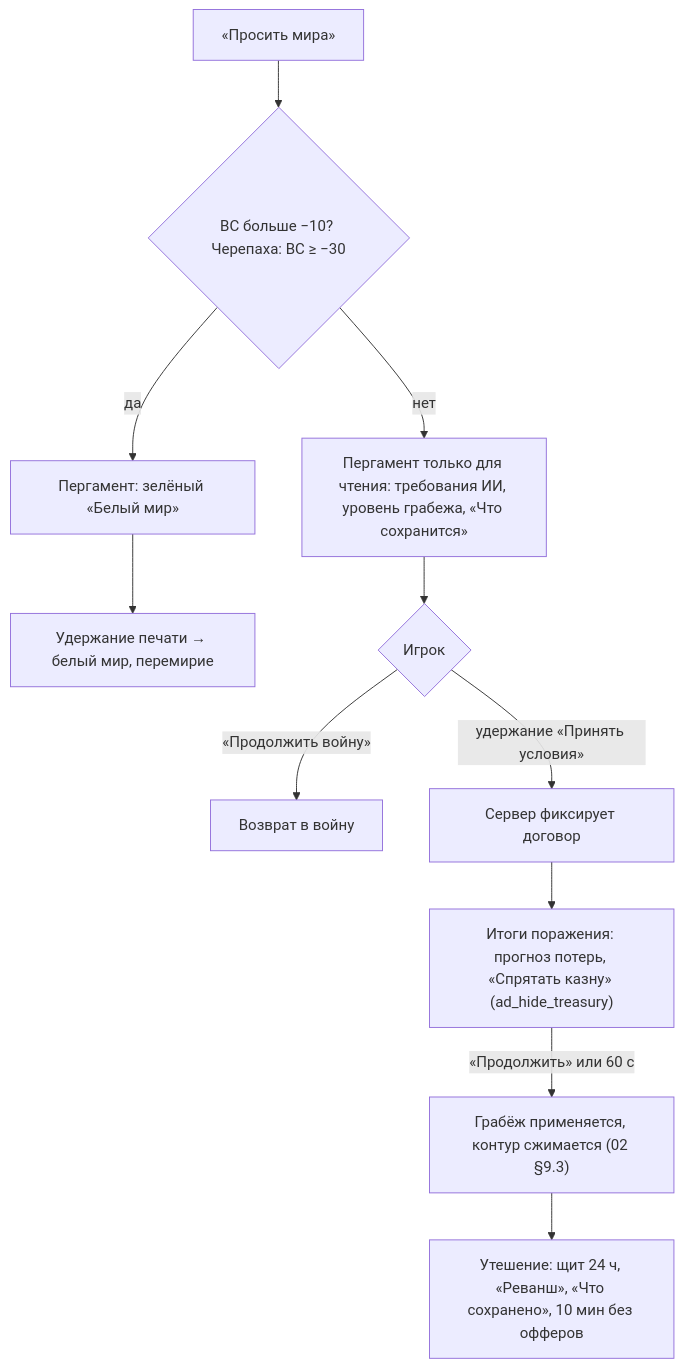
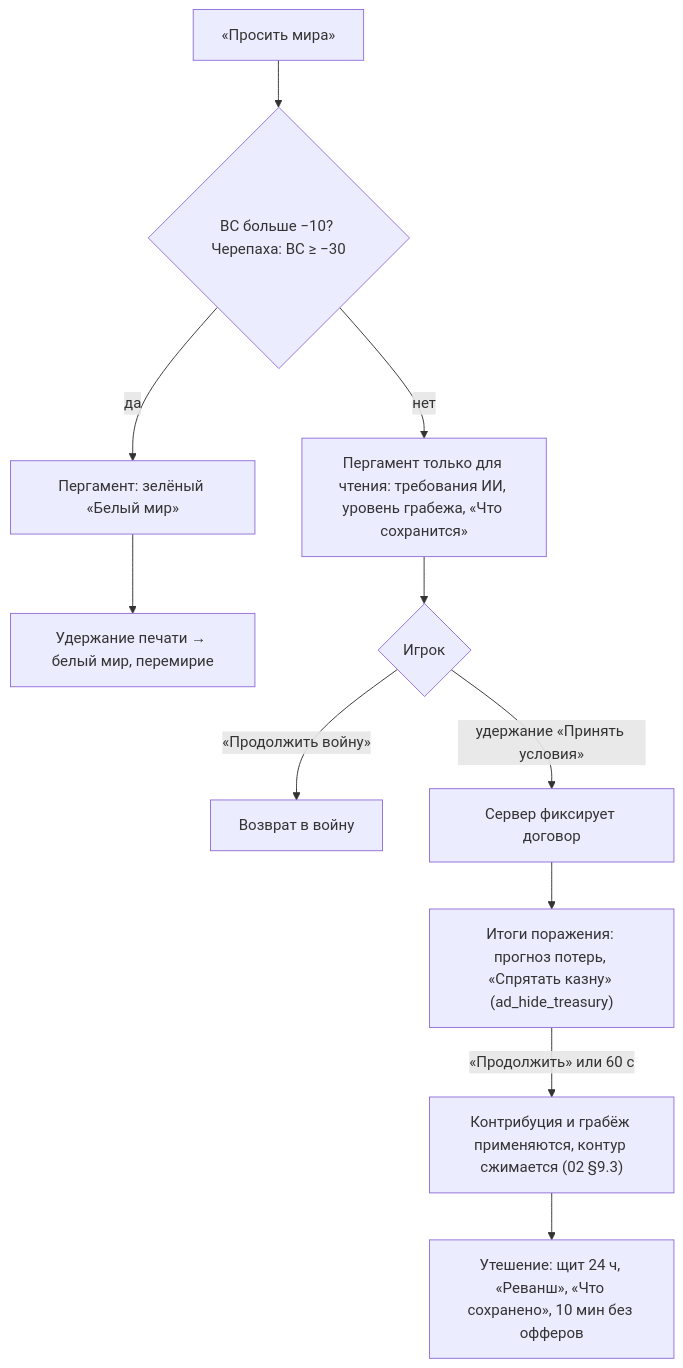
Before and after one commit to kaboomenko/Raivon: the third of 7 diagrams in docs/gdd/06_diplomacy_peace.md, drawn with Mermaid. The commit also changed other lines of this file and 12 other files, not shown here.

````diff
--- a/docs/gdd/06_diplomacy_peace.md
+++ b/docs/gdd/06_diplomacy_peace.md
@@ -500,13 +510,13 @@
 ```mermaid
 flowchart TD
     A["«Просить мира»"] --> B{"ВС больше −10? Черепаха: ВС ≥ −30"}
     B -->|"да"| C["Пергамент: зелёный «Белый мир»"]
     C --> D["Удержание печати → белый мир, перемирие"]
     B -->|"нет"| E["Пергамент только для чтения: требования ИИ, уровень грабежа, «Что сохранится»"]
     E --> F{"Игрок"}
     F -->|"«Продолжить войну»"| G["Возврат в войну"]
     F -->|"удержание «Принять условия»"| H["Сервер фиксирует договор"]
     H --> I["Итоги поражения: прогноз потерь, «Спрятать казну» (ad_hide_treasury)"]
-    I -->|"«Продолжить» или 60 с"| J["Грабёж применяется, контур сжимается (02 §9.3)"]
+    I -->|"«Продолжить» или 60 с"| J["Контрибуция и грабёж применяются, контур сжимается (02 §9.3)"]
     J --> K["Утешение: щит 24 ч, «Реванш», «Что сохранено», 10 мин без офферов"]
 ```
````
